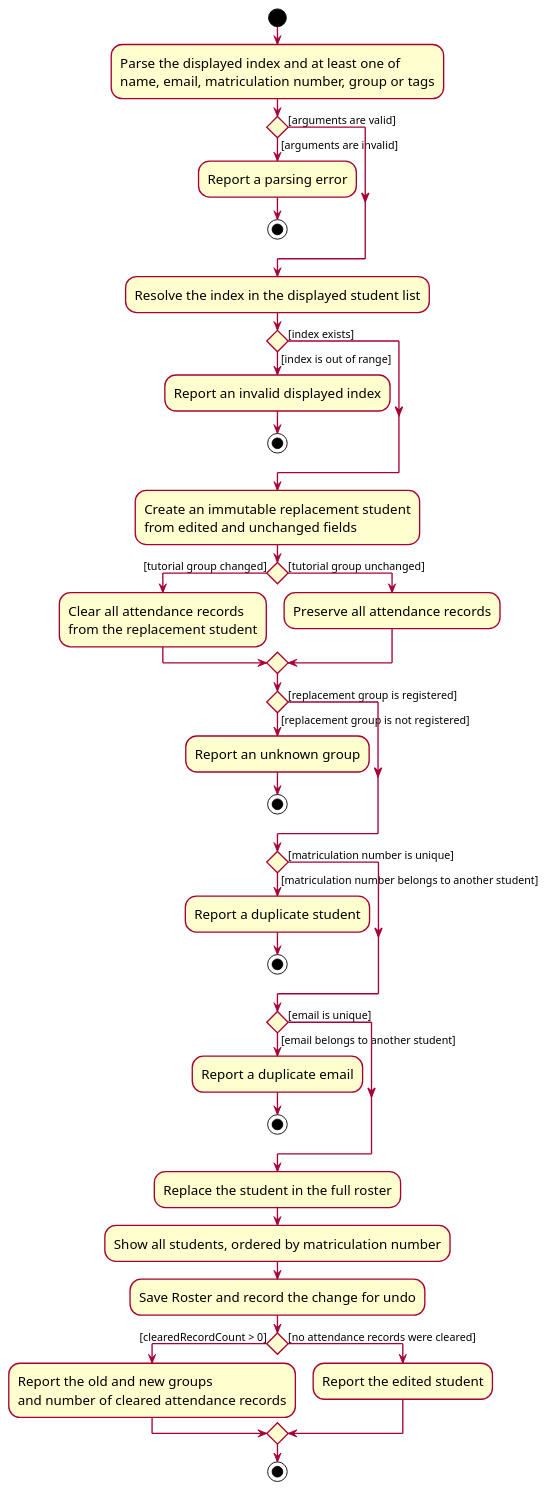
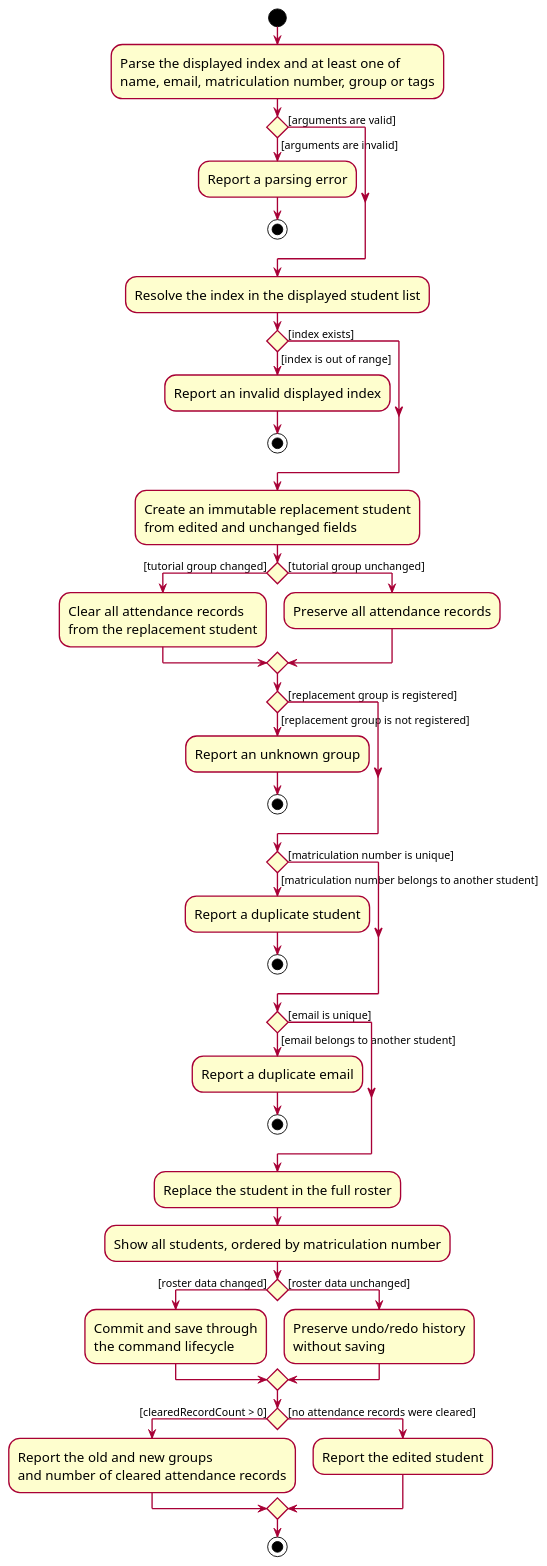
Before and after one commit to AY2627S1-CS2103T-F12-4/tp: the diagram in docs/diagrams/EditStudentActivityDiagram.puml, drawn with PlantUML. The commit also changed 12 other files, not shown here.

```diff
--- a/docs/diagrams/EditStudentActivityDiagram.puml
+++ b/docs/diagrams/EditStudentActivityDiagram.puml
@@ -1,60 +1,66 @@
 @startuml
 skin rose
 skinparam ActivityFontSize 15
 skinparam ArrowFontSize 12
 skinparam Shadowing false
 
 start
 :Parse the displayed index and at least one of
 name, email, matriculation number, group or tags;
 if () then ([arguments are invalid])
     :Report a parsing error;
     stop
 else ([arguments are valid])
 endif
 
 :Resolve the index in the displayed student list;
 if () then ([index is out of range])
     :Report an invalid displayed index;
     stop
 else ([index exists])
 endif
 
 :Create an immutable replacement student
 from edited and unchanged fields;
 if () then ([tutorial group changed])
     :Clear all attendance records
     from the replacement student;
 else ([tutorial group unchanged])
     :Preserve all attendance records;
 endif
 
 if () then ([replacement group is not registered])
     :Report an unknown group;
     stop
 else ([replacement group is registered])
 endif
 
 if () then ([matriculation number belongs to another student])
     :Report a duplicate student;
     stop
 else ([matriculation number is unique])
 endif
 
 if () then ([email belongs to another student])
     :Report a duplicate email;
     stop
 else ([email is unique])
 endif
 
 :Replace the student in the full roster;
 :Show all students, ordered by matriculation number;
-:Save Roster and record the change for undo;
+if () then ([roster data changed])
+    :Commit and save through
+    the command lifecycle;
+else ([roster data unchanged])
+    :Preserve undo/redo history
+    without saving;
+endif
 if () then ([clearedRecordCount > 0])
     :Report the old and new groups
     and number of cleared attendance records;
 else ([no attendance records were cleared])
     :Report the edited student;
 endif
 stop
 @enduml
```
